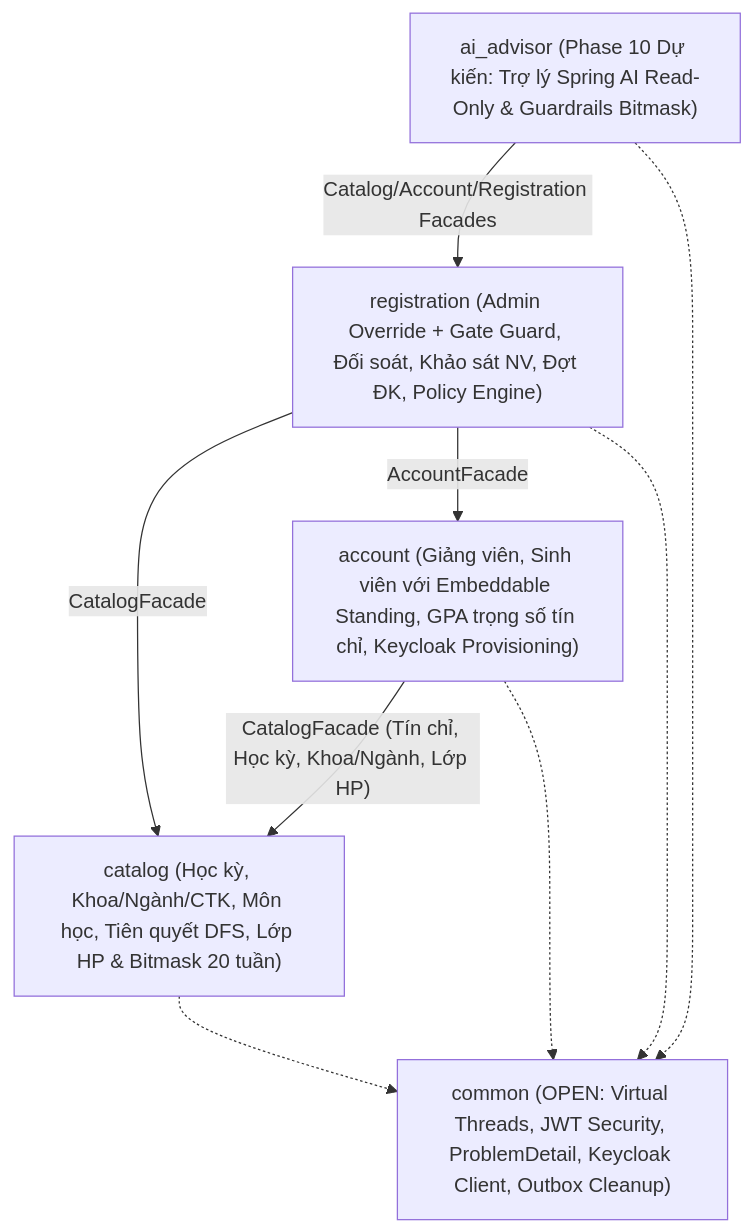
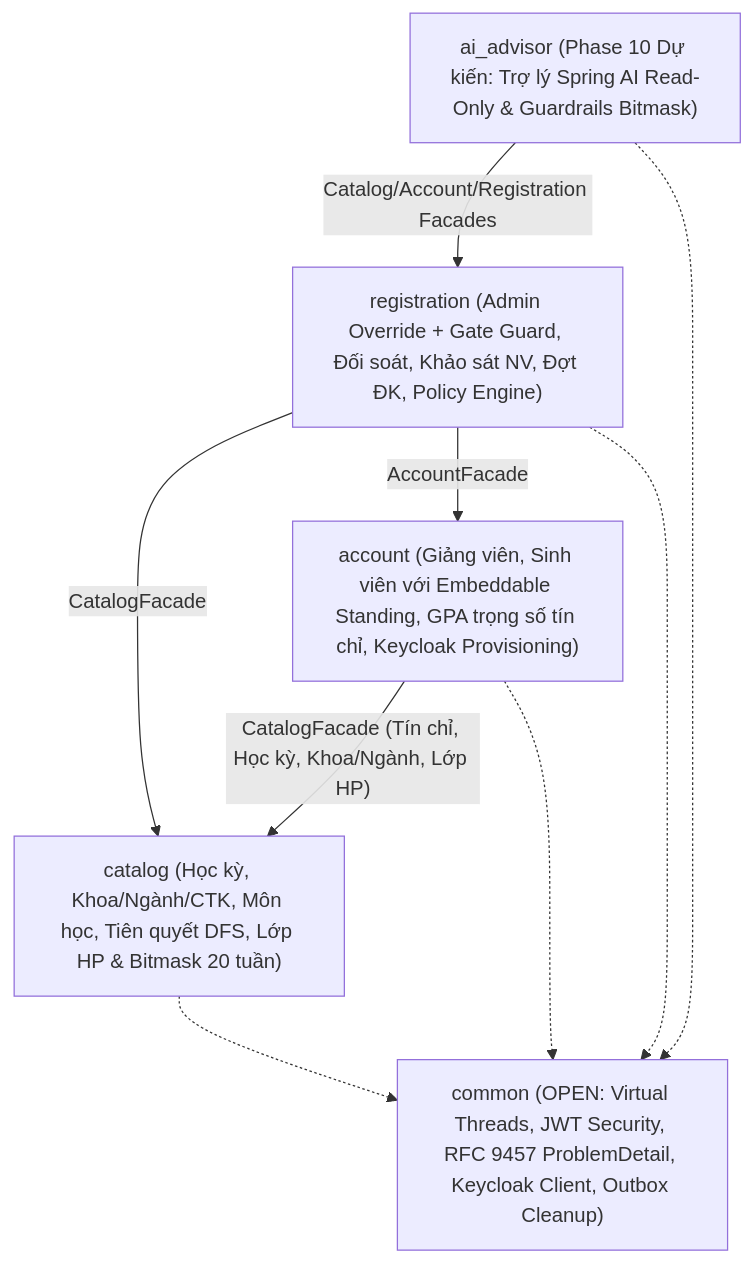
One commit to D3etMe4n/unieee changed the first of 2 diagrams in guides/vi/architecture.md. Above: the diagram before and after it, drawn with Mermaid. The commit also changed 9 other files, not shown here.

Commit message:
docs(guides): upgrade public API and architecture docs to RFC 9457 Problem Details

````diff
--- a/guides/vi/architecture.md
+++ b/guides/vi/architecture.md
@@ -26,18 +26,18 @@
 ```mermaid
 flowchart TB
-    common["common (OPEN: Virtual Threads, JWT Security, ProblemDetail, Keycloak Client, Outbox Cleanup)"]
+    common["common (OPEN: Virtual Threads, JWT Security, RFC 9457 ProblemDetail, Keycloak Client, Outbox Cleanup)"]
     catalog["catalog (Học kỳ, Khoa/Ngành/CTK, Môn học, Tiên quyết DFS, Lớp HP & Bitmask 20 tuần)"]
     account["account (Giảng viên, Sinh viên với Embeddable Standing, GPA trọng số tín chỉ, Keycloak Provisioning)"]
     registration["registration (Admin Override + Gate Guard, Đối soát, Khảo sát NV, Đợt ĐK, Policy Engine)"]
     ai["ai_advisor (Phase 10 Dự kiến: Trợ lý Spring AI Read-Only & Guardrails Bitmask)"]
 
     ai -->|"Catalog/Account/Registration Facades"| registration
     registration -->|"AccountFacade"| account
     registration -->|"CatalogFacade"| catalog
     account -->|"CatalogFacade (Tín chỉ, Học kỳ, Khoa/Ngành, Lớp HP)"| catalog
 
     catalog -.-> common
     account -.-> common
     registration -.-> common
     ai -.-> common
 ```
````
